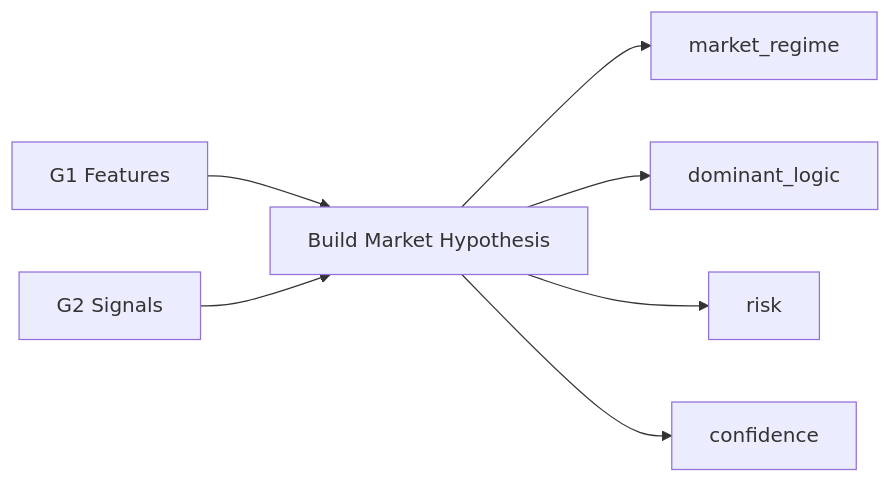
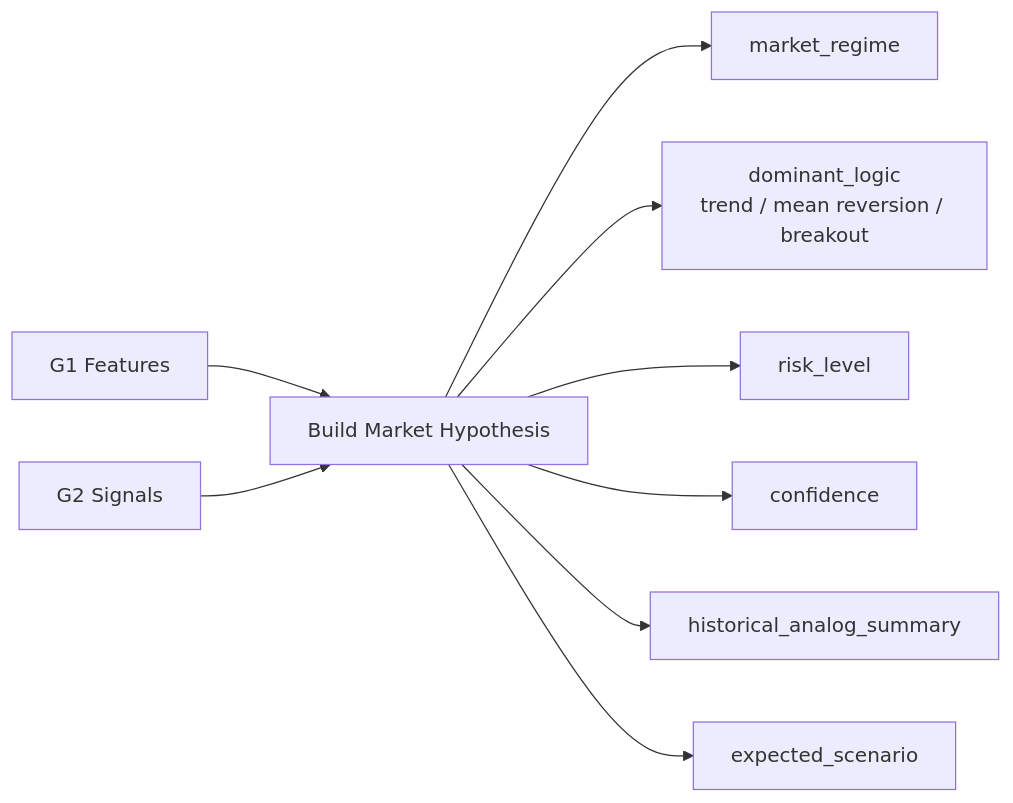
The sixth of 9 diagrams in README.md (Yuqian-He/agentic-trading-workflow), drawn with Mermaid before and after one commit. The commit also changed other lines of this file, not shown here.

````diff
--- a/README.md
+++ b/README.md
@@ -89,9 +124,12 @@
 ```mermaid
 graph LR
     G1F[G1 Features] --> G3
     G2S[G2 Signals] --> G3
+
     G3[Build Market Hypothesis] --> H1["market_regime"]
-    G3 --> H2["dominant_logic"]
-    G3 --> H3["risk"]
+    G3 --> H2["dominant_logic<br/>trend / mean reversion / breakout"]
+    G3 --> H3["risk_level"]
     G3 --> H4["confidence"]
+    G3 --> H5["historical_analog_summary"]
+    G3 --> H6["expected_scenario"]
 ```
````
